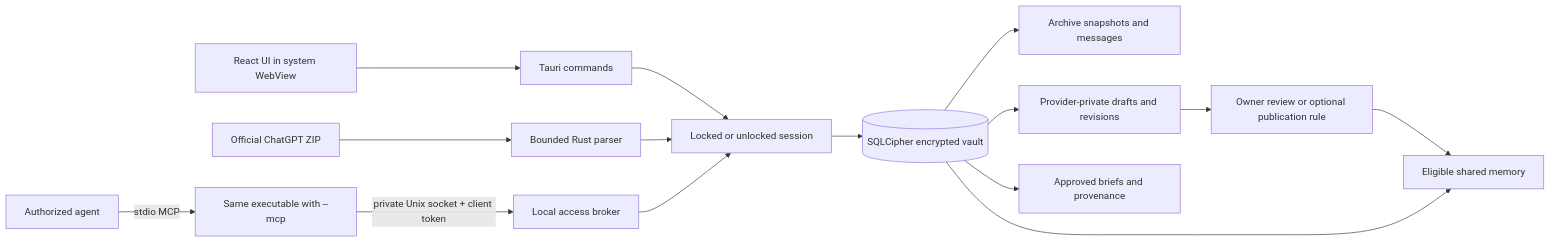
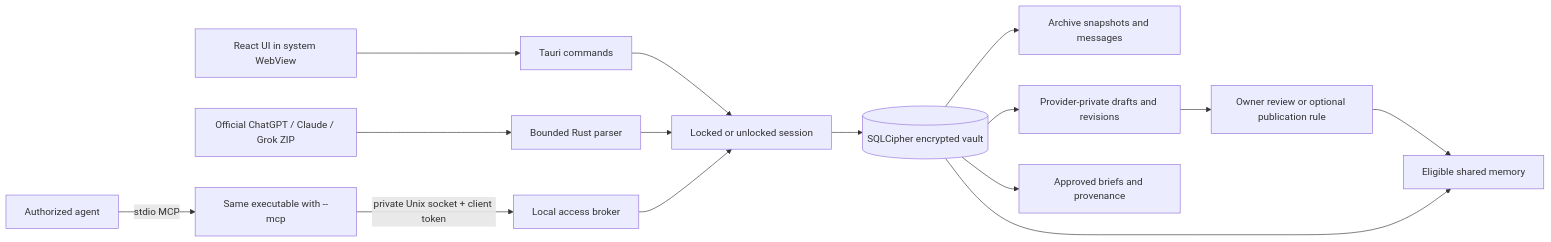
The diagram in docs/ARCHITECTURE.md (byLemonhaze/pre-drink), drawn with Mermaid before and after one commit. The commit also changed other lines of this file and 47 other files, not shown here.

Commit message:
Add Grok and Claude export imports and scoped curators

````diff
--- a/docs/ARCHITECTURE.md
+++ b/docs/ARCHITECTURE.md
@@ -5,17 +5,17 @@
 ```mermaid
 flowchart LR
-  ZIP[Official ChatGPT ZIP] --> Parser[Bounded Rust parser]
+  ZIP[Official ChatGPT / Claude / Grok ZIP] --> Parser[Bounded Rust parser]
   UI[React UI in system WebView] --> IPC[Tauri commands]
   IPC --> Session[Locked or unlocked session]
   Parser --> Session
   Session --> DB[(SQLCipher encrypted vault)]
   Client[Authorized agent] -->|stdio MCP| Bridge[Same executable with --mcp]
   Bridge -->|private Unix socket + client token| Broker[Local access broker]
   Broker --> Session
   DB --> Archive[Archive snapshots and messages]
   DB --> Working[Provider-private drafts and revisions]
   Working --> Policy[Owner review or optional publication rule]
   Policy --> Memory[Eligible shared memory]
   DB --> Memory
   DB --> Briefs[Approved briefs and provenance]
 ```
````
